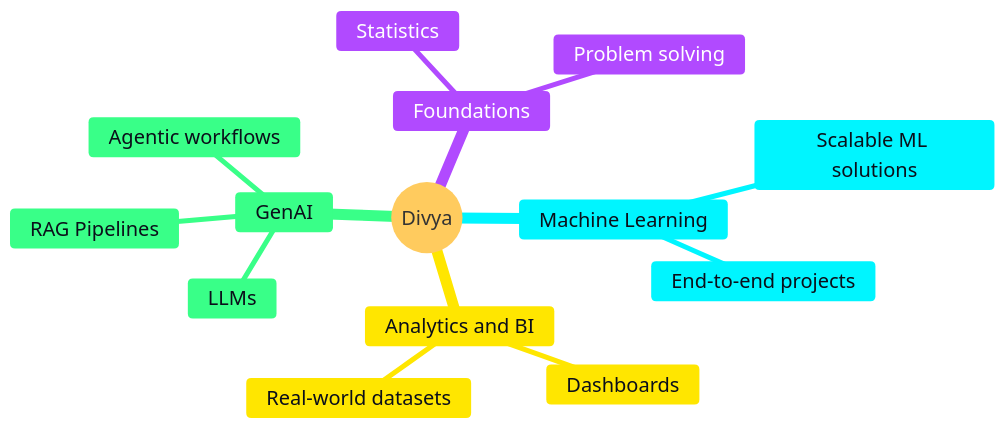
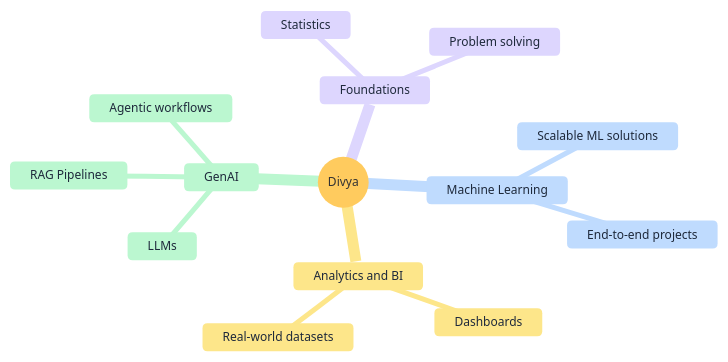
One commit to CodeBy-Divya/CodeBy-Divya changed the sixth of 6 diagrams in README.md. Above: the diagram before and after it, drawn with Mermaid. The commit also changed other lines of this file, not shown here.

````diff
--- a/README.md
+++ b/README.md
@@ -261,18 +252,18 @@
 ```mermaid
-%%{init: {'theme':'base','themeVariables':{'fontSize':'20px','cScale0':'#FF2E93','cScale1':'#00F5FF','cScale2':'#FFE600','cScale3':'#39FF88','cScale4':'#B14AFF','cScaleLabel0':'#ffffff','cScaleLabel1':'#0b0f1a','cScaleLabel2':'#0b0f1a','cScaleLabel3':'#0b0f1a','cScaleLabel4':'#ffffff','lineColor':'#ffffff'}}}%%
+%%{init: {'theme':'base','themeVariables':{'fontSize':'12px','cScale0':'#FBCFE8','cScale1':'#BFDBFE','cScale2':'#FDE68A','cScale3':'#BBF7D0','cScale4':'#DDD6FE','cScaleLabel0':'#1e293b','cScaleLabel1':'#1e293b','cScaleLabel2':'#1e293b','cScaleLabel3':'#1e293b','cScaleLabel4':'#1e293b','lineColor':'#94A3B8'}}}%%
 mindmap
   root((Divya))
     Machine Learning
       Scalable ML solutions
       End-to-end projects
     Analytics and BI
       Dashboards
       Real-world datasets
     GenAI
       LLMs
       RAG Pipelines
       Agentic workflows
     Foundations
       Statistics
       Problem solving
 ```
````
